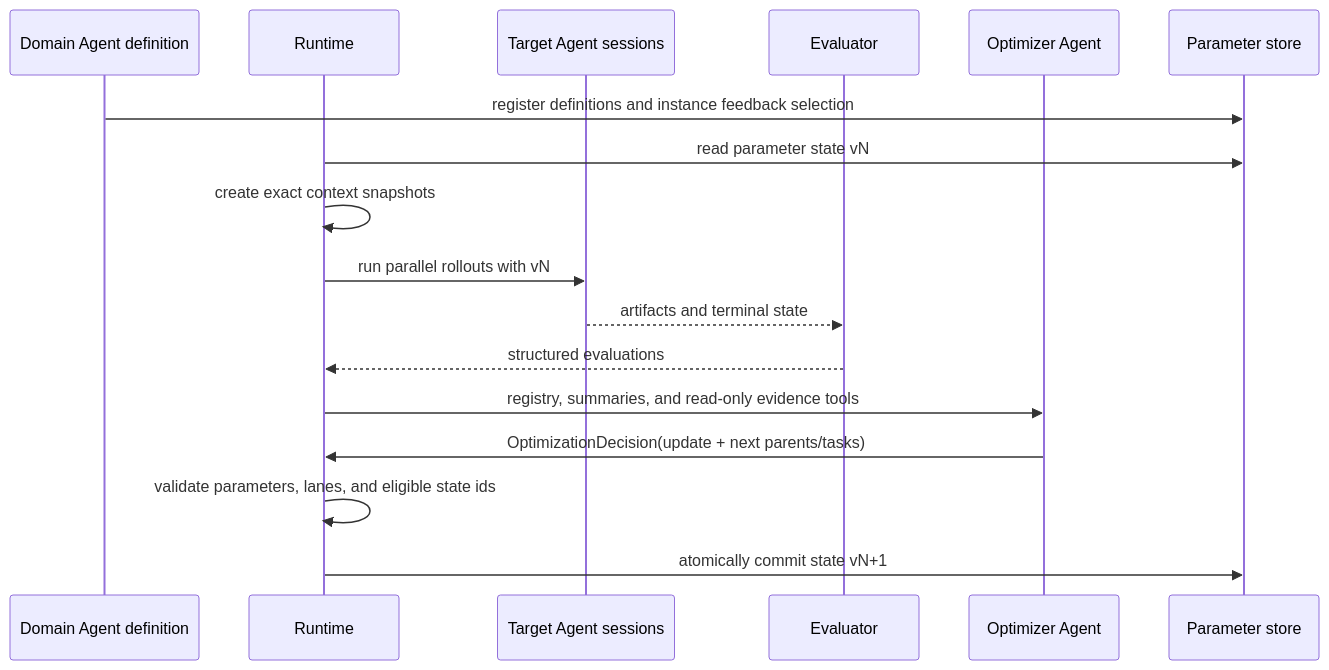
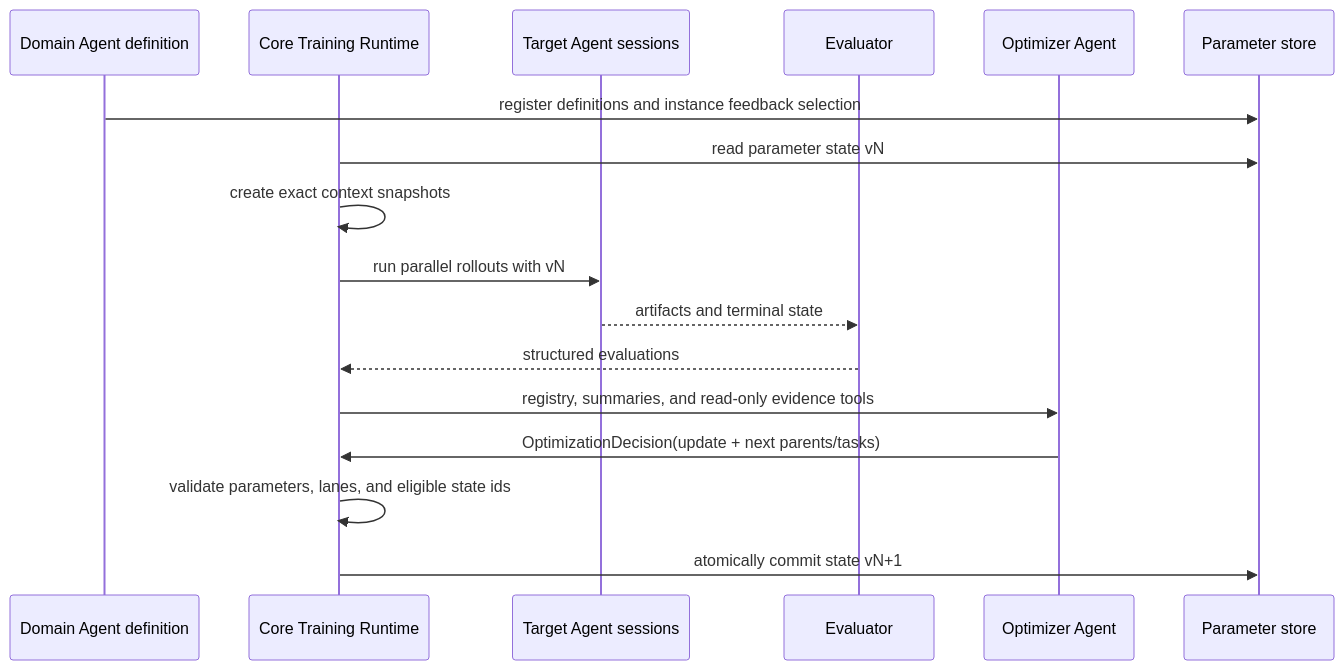
One commit to BruceLoveLee000/tokens-as-parameters changed the third of 3 diagrams in docs/en/architecture/token-optimization-core.md. Above: the diagram before and after it, drawn with Mermaid. The commit also changed other lines of this file and 31 other files, not shown here.

Commit message:
refactor: separate core training runtime from formal loss

````diff
--- a/docs/en/architecture/token-optimization-core.md
+++ b/docs/en/architecture/token-optimization-core.md
@@ -137,20 +140,20 @@
 ```mermaid
 sequenceDiagram
   participant D as Domain Agent definition
-  participant R as Runtime
+  participant R as Core Training Runtime
   participant A as Target Agent sessions
   participant E as Evaluator
   participant O as Optimizer Agent
   participant S as Parameter store
 
   D->>S: register definitions and instance feedback selection
   R->>S: read parameter state vN
   R->>R: create exact context snapshots
   R->>A: run parallel rollouts with vN
   A-->>E: artifacts and terminal state
   E-->>R: structured evaluations
   R->>O: registry, summaries, and read-only evidence tools
   O->>R: OptimizationDecision(update + next parents/tasks)
   R->>R: validate parameters, lanes, and eligible state ids
   R->>S: atomically commit state vN+1
 ```
````
